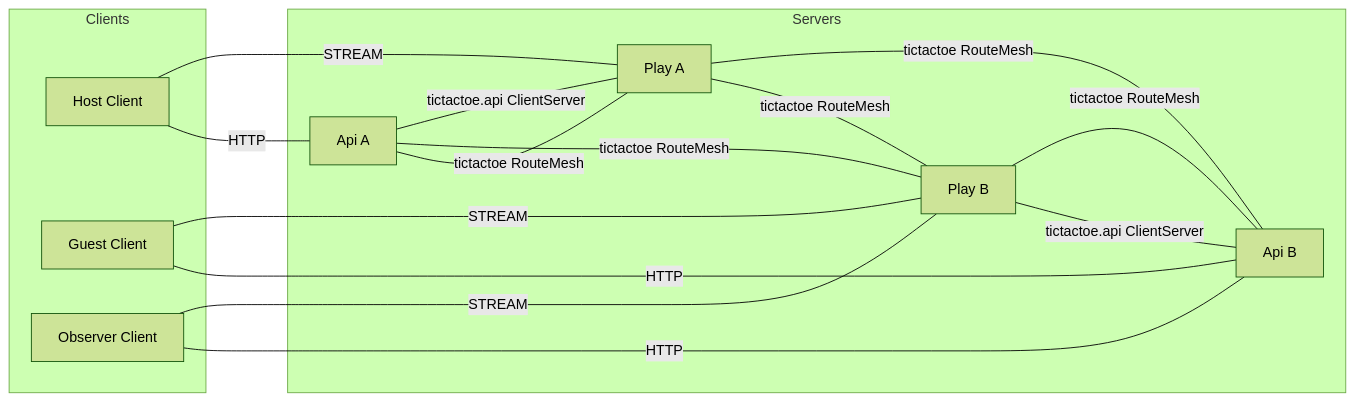
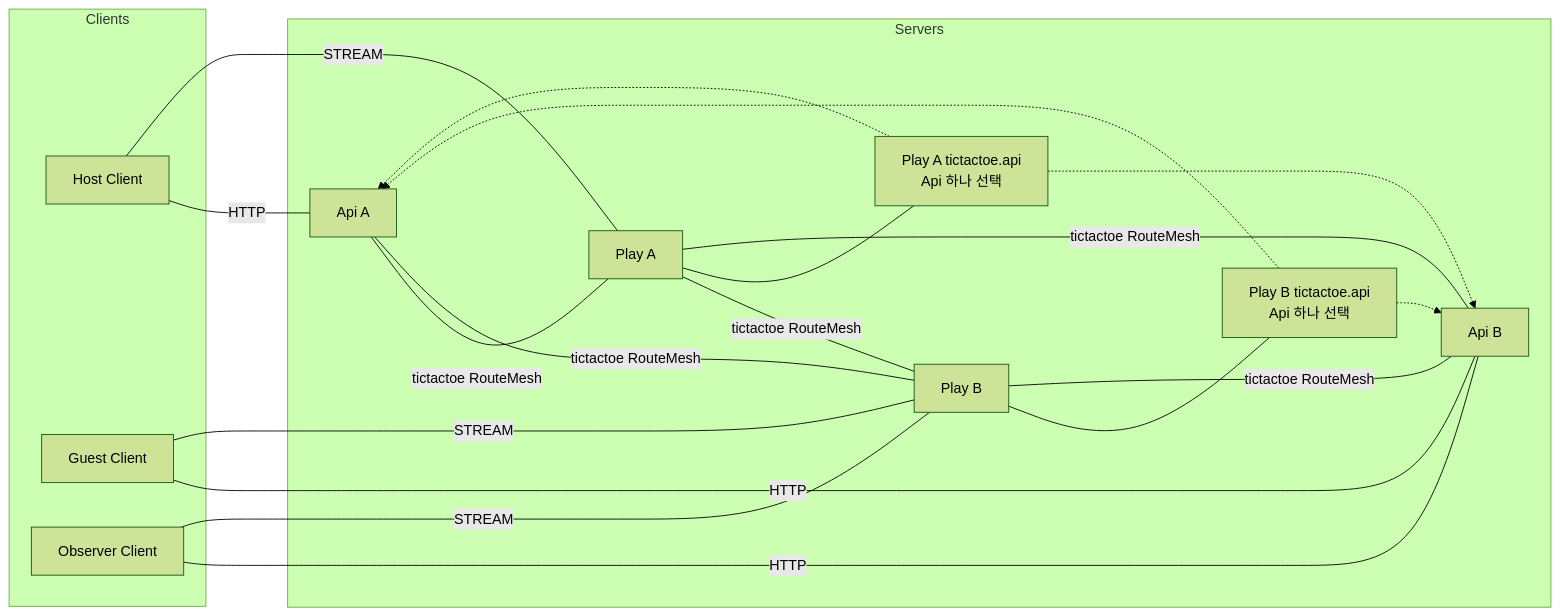
The first of 5 diagrams in framework/doc/framework/common/sample/tictactoe/README.ko.md (zlink-systems/zlink), drawn with Mermaid (forest theme) before and after one commit. The commit also changed other lines of this file and 1642 other files, not shown here.

````diff
--- a/framework/doc/framework/common/sample/tictactoe/README.ko.md
+++ b/framework/doc/framework/common/sample/tictactoe/README.ko.md
@@ -83,27 +97,33 @@
 ```mermaid
 flowchart LR
     subgraph Clients[Clients]
         H[Host Client]
         G[Guest Client]
         O[Observer Client]
     end
     subgraph Servers[Servers]
         A1[Api A]
         A2[Api B]
         P1[Play A]
         P2[Play B]
+        AC1["Play A tictactoe.api<br/>Api 하나 선택"]
+        AC2["Play B tictactoe.api<br/>Api 하나 선택"]
     end
     H ---|HTTP| A1
     G ---|HTTP| A2
     O ---|HTTP| A2
     H ---|STREAM| P1
     G ---|STREAM| P2
     O ---|STREAM| P2
     A1 ---|tictactoe RouteMesh| P1
     A1 ---|tictactoe RouteMesh| P2
     A2 ---|tictactoe RouteMesh| P1
     A2 ---|tictactoe RouteMesh| P2
     P1 ---|tictactoe RouteMesh| P2
-    P1 ---|tictactoe.api ClientServer| A1
-    P2 ---|tictactoe.api ClientServer| A2
+    P1 --- AC1
+    AC1 -.-> A1
+    AC1 -.-> A2
+    P2 --- AC2
+    AC2 -.-> A1
+    AC2 -.-> A2
 ```
````
